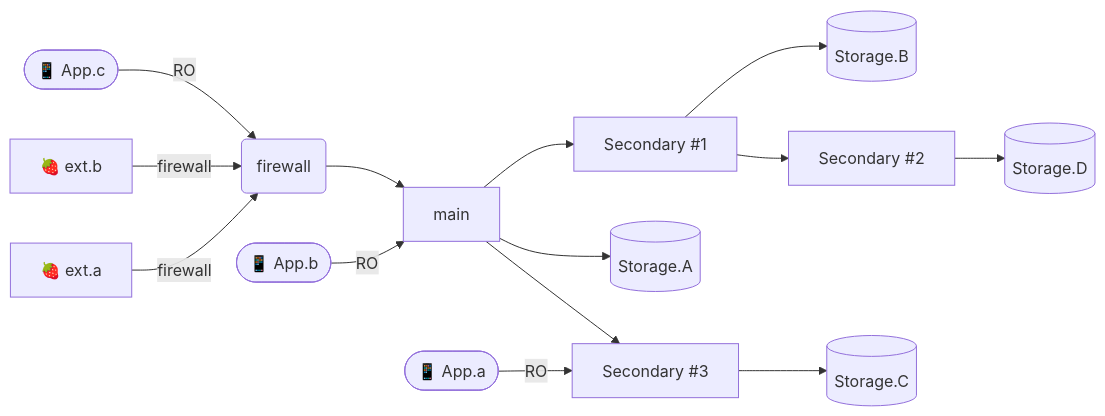
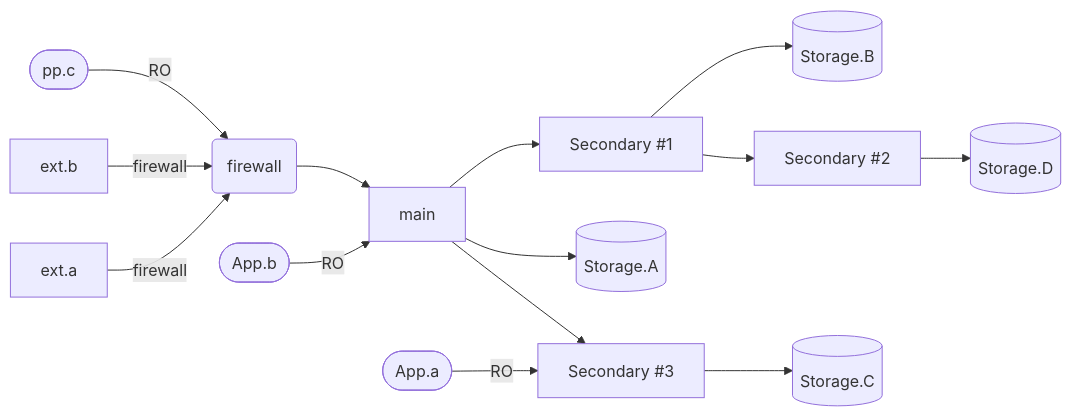
One commit to hallta/distributed-sql changed the second of 2 diagrams in README.md. Above: the diagram before and after it, drawn with Mermaid.

````diff
--- a/README.md
+++ b/README.md
@@ -18,16 +18,16 @@
 ```mermaid
 flowchart LR;
-    RP1[🍓 ext.a] -->|firewall| fw(firewall);
-    RP2[🍓 ext.b] -->|firewall| fw(firewall);
-    app([📱 App.a]) -->|RO| F;
-    appb([📱 App.b]) -->|RO| A;
-    appc([📱 App.c]) -->|RO| fw;
+    RP1[ext.a] -->|firewall| fw(firewall);
+    RP2[ext.b] -->|firewall| fw(firewall);
+    app([App.a]) -->|RO| F;
+    appb([App.b]) -->|RO| A;
+    appc([pp.c]) -->|RO| fw;
     fw --> A;
     A[main] --> B[(Storage.A)];
     A[main] --> C[Secondary #1];
     A[main] --> F[Secondary #3];
     C[Secondary #1] --> D[(Storage.B)];
     C[Secondary #1] --> E[Secondary #2];
     F[Secondary #3] --> G[(Storage.C)];
     E[Secondary #2] --> H[(Storage.D)];
 ```
````
